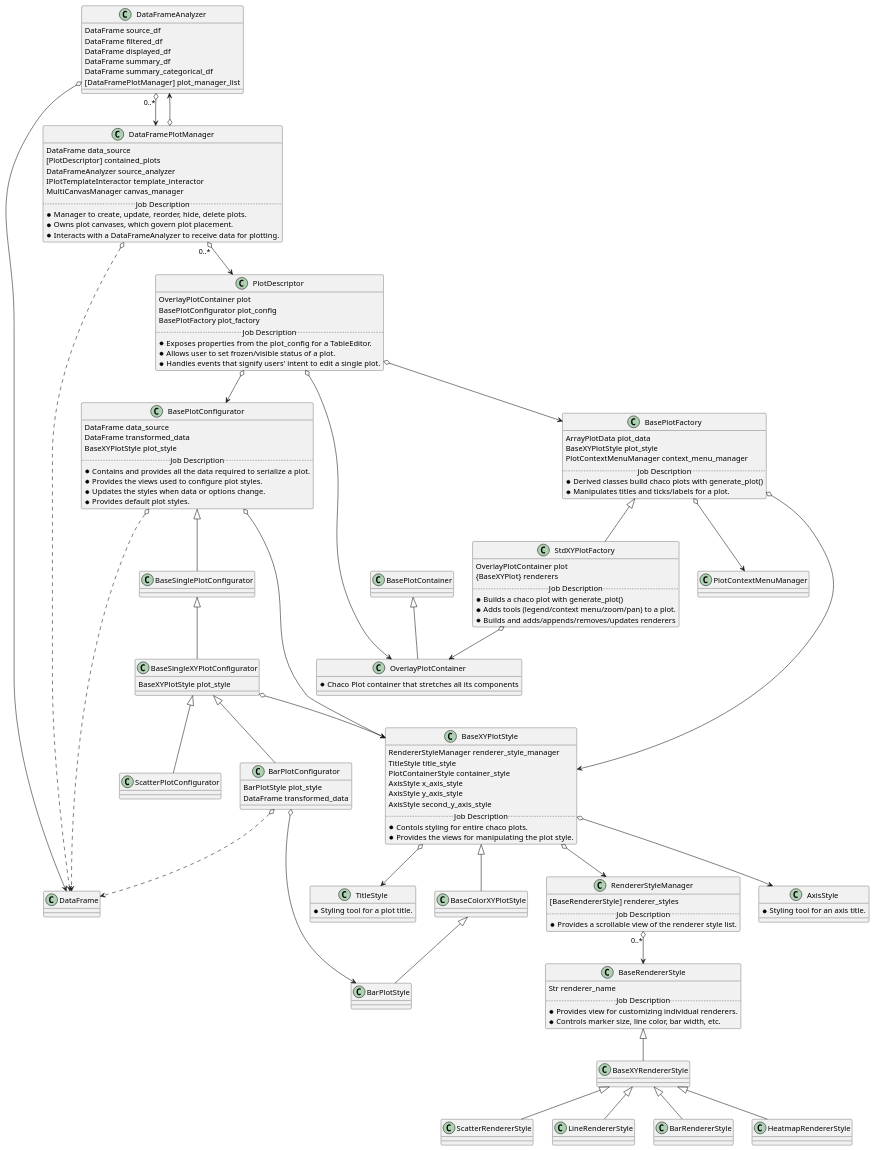
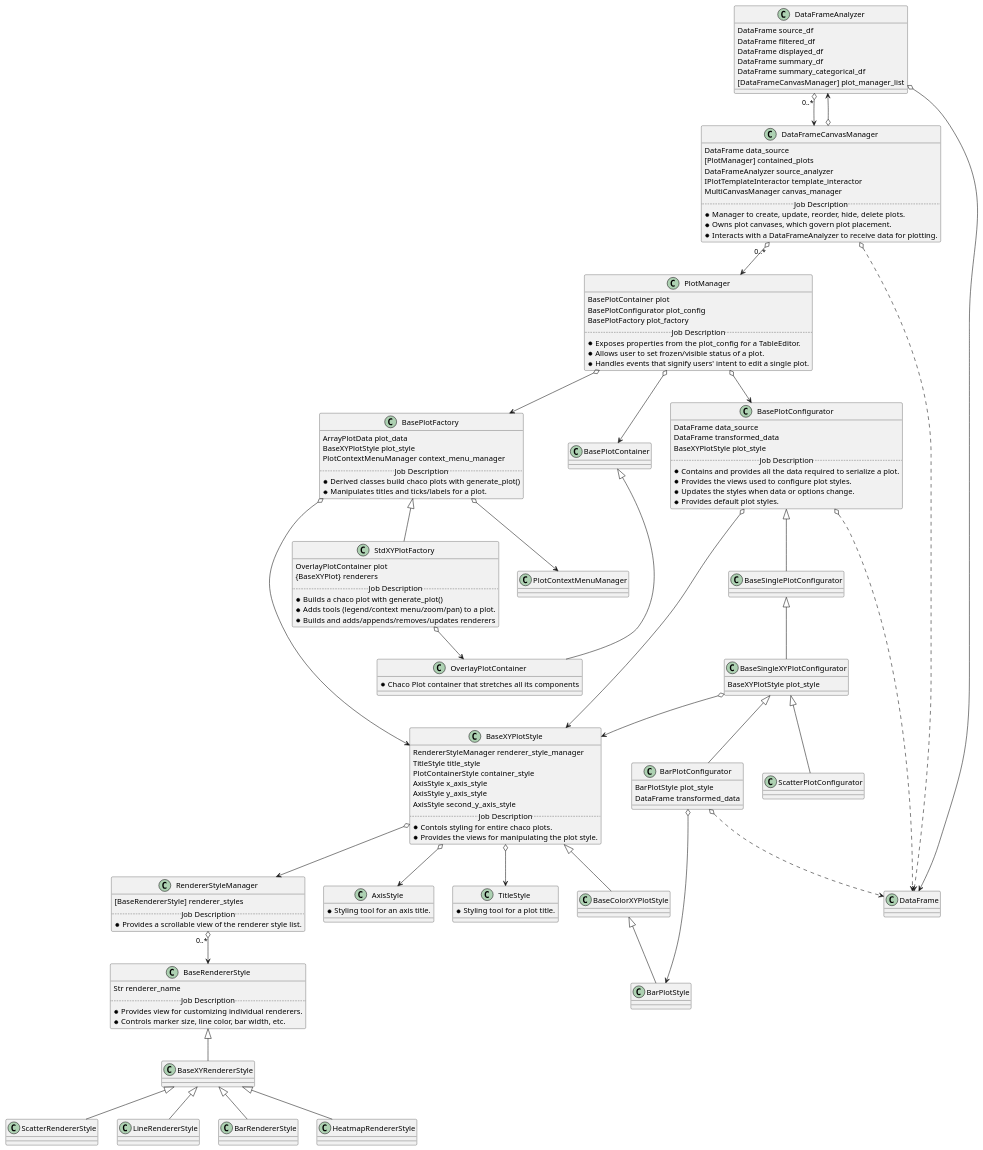
Before and after one commit to KBIbiopharma/pybleau: the diagram in pybleau_plotting.puml, drawn with PlantUML. The commit also changed 24 other files, not shown here.

```diff
--- a/pybleau_plotting.puml
+++ b/pybleau_plotting.puml
@@ -1,141 +1,141 @@
 @startuml
 
 'class DataElement
-'DataElement <|-- DataFramePlotManager
+'DataElement <|-- DataFrameCanvasManager
 'DataElement <|-- DataFrameAnalyzer
 class DataFrameAnalyzer {
     DataFrame source_df
     DataFrame filtered_df
     DataFrame displayed_df
     DataFrame summary_df
     DataFrame summary_categorical_df
-    [DataFramePlotManager] plot_manager_list
+    [DataFrameCanvasManager] plot_manager_list
 }
 DataFrameAnalyzer o--> DataFrame
-DataFrameAnalyzer "0..*" o--> DataFramePlotManager
+DataFrameAnalyzer "0..*" o--> DataFrameCanvasManager
 
-class DataFramePlotManager {
+class DataFrameCanvasManager {
     DataFrame data_source
-    [PlotDescriptor] contained_plots
+    [PlotManager] contained_plots
     DataFrameAnalyzer source_analyzer
     IPlotTemplateInteractor template_interactor
     MultiCanvasManager canvas_manager
     ..Job Description..
     * Manager to create, update, reorder, hide, delete plots.
     * Owns plot canvases, which govern plot placement.
     * Interacts with a DataFrameAnalyzer to receive data for plotting.
 }
-DataFramePlotManager "0..*" o--> PlotDescriptor
-DataFramePlotManager o..> DataFrame
-DataFramePlotManager o--> DataFrameAnalyzer
+DataFrameCanvasManager "0..*" o--> PlotManager
+DataFrameCanvasManager o..> DataFrame
+DataFrameCanvasManager o--> DataFrameAnalyzer
 
 class BasePlotFactory {
     ArrayPlotData plot_data
     BaseXYPlotStyle plot_style
     PlotContextMenuManager context_menu_manager
     ..Job Description..
     * Derived classes build chaco plots with generate_plot()
     * Manipulates titles and ticks/labels for a plot.
 }
 BasePlotFactory o--> BaseXYPlotStyle
 BasePlotFactory o--> PlotContextMenuManager
 
 class StdXYPlotFactory {
     OverlayPlotContainer plot
     {BaseXYPlot} renderers
     ..Job Description..
     * Builds a chaco plot with generate_plot()
     * Adds tools (legend/context menu/zoom/pan) to a plot.
     * Builds and adds/appends/removes/updates renderers
 }
 BasePlotFactory <|-- StdXYPlotFactory
 StdXYPlotFactory o--> OverlayPlotContainer
 BasePlotContainer <|-- OverlayPlotContainer
 OverlayPlotContainer : * Chaco Plot container that stretches all its components
 
 class BaseXYPlotStyle {
     RendererStyleManager renderer_style_manager
     TitleStyle title_style
     PlotContainerStyle container_style
     AxisStyle x_axis_style
     AxisStyle y_axis_style
     AxisStyle second_y_axis_style
     ..Job Description..
     * Contols styling for entire chaco plots.
     * Provides the views for manipulating the plot style.
 }
 BaseXYPlotStyle o--> RendererStyleManager
 BaseXYPlotStyle o--> AxisStyle
 BaseXYPlotStyle o--> TitleStyle
 BaseXYPlotStyle <|-- BaseColorXYPlotStyle
 BaseColorXYPlotStyle <|-- BarPlotStyle
 
 TitleStyle : * Styling tool for a plot title.
 AxisStyle : * Styling tool for an axis title.
 
 class RendererStyleManager {
     [BaseRendererStyle] renderer_styles
     ..Job Description..
     * Provides a scrollable view of the renderer style list.
 }
 RendererStyleManager "0..*" o--> BaseRendererStyle
 
 class BaseRendererStyle {
     Str renderer_name
     ..Job Description..
     * Provides view for customizing individual renderers.
     * Controls marker size, line color, bar width, etc.
 }
 BaseRendererStyle <|-- BaseXYRendererStyle
 BaseXYRendererStyle <|-- ScatterRendererStyle
 BaseXYRendererStyle <|-- LineRendererStyle
 BaseXYRendererStyle <|-- BarRendererStyle
 BaseXYRendererStyle <|-- HeatmapRendererStyle
 
 
-class PlotDescriptor {
-    OverlayPlotContainer plot
+class PlotManager {
+    BasePlotContainer plot
     BasePlotConfigurator plot_config
     BasePlotFactory plot_factory
     ..Job Description..
     * Exposes properties from the plot_config for a TableEditor.
     * Allows user to set frozen/visible status of a plot.
     * Handles events that signify users' intent to edit a single plot.
 }
-PlotDescriptor o--> OverlayPlotContainer
-PlotDescriptor o--> BasePlotConfigurator
-PlotDescriptor o--> BasePlotFactory
+PlotManager o--> BasePlotContainer
+PlotManager o--> BasePlotConfigurator
+PlotManager o--> BasePlotFactory
 
 
 class BasePlotConfigurator {
     DataFrame data_source
     DataFrame transformed_data
     BaseXYPlotStyle plot_style
     ..Job Description..
     * Contains and provides all the data required to serialize a plot.
     * Provides the views used to configure plot styles.
     * Updates the styles when data or options change.
     * Provides default plot styles.
 }
 BasePlotConfigurator o..> DataFrame
 BasePlotConfigurator o--> BaseXYPlotStyle
 
 class BaseSingleXYPlotConfigurator {
     BaseXYPlotStyle plot_style
 }
 BaseSingleXYPlotConfigurator o--> BaseXYPlotStyle
 
 class BarPlotConfigurator {
     BarPlotStyle plot_style
     DataFrame transformed_data
 }
 BarPlotConfigurator o..> DataFrame
 BarPlotConfigurator o--> BarPlotStyle
 
 class ScatterPlotConfigurator
 BasePlotConfigurator <|-- BaseSinglePlotConfigurator
 BaseSinglePlotConfigurator <|-- BaseSingleXYPlotConfigurator
 BaseSingleXYPlotConfigurator <|-- BarPlotConfigurator
 BaseSingleXYPlotConfigurator <|-- ScatterPlotConfigurator
 
 @enduml
```
